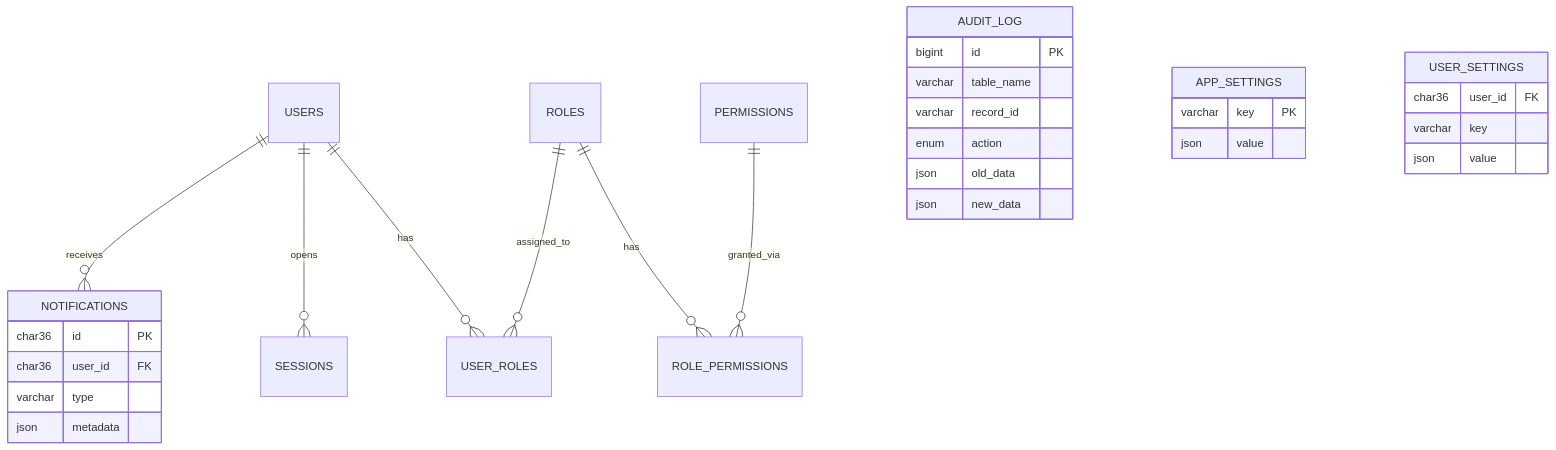
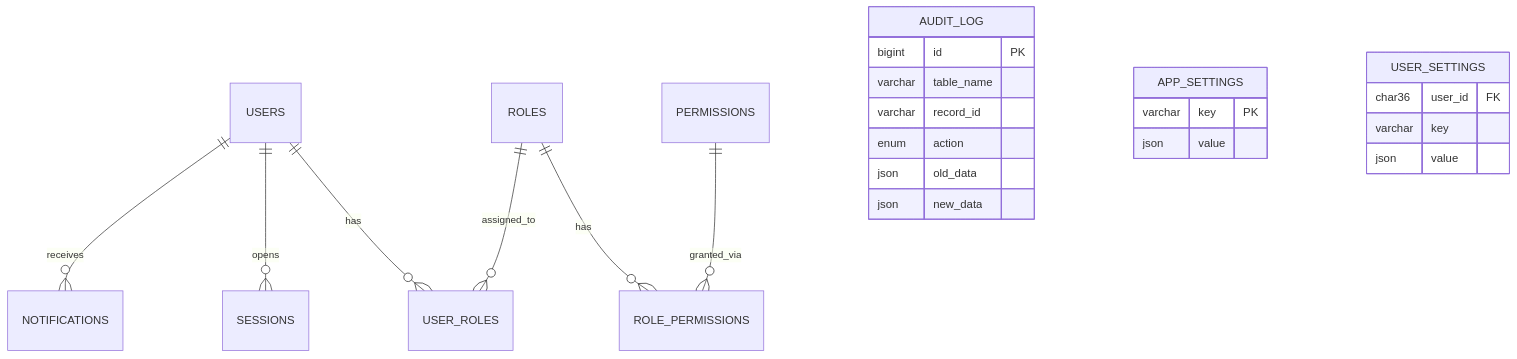
One commit to NietoDeveloper/MySQL_DataBase changed the diagram in docs/ERD.md. Above: the diagram before and after it, drawn with Mermaid.

````diff
--- a/docs/ERD.md
+++ b/docs/ERD.md
@@ -3,36 +3,30 @@
 ```mermaid
 erDiagram
     USERS ||--o{ USER_ROLES : has
     ROLES ||--o{ USER_ROLES : assigned_to
     ROLES ||--o{ ROLE_PERMISSIONS : has
     PERMISSIONS ||--o{ ROLE_PERMISSIONS : granted_via
     USERS ||--o{ SESSIONS : opens
     USERS ||--o{ NOTIFICATIONS : receives
 
-    NOTIFICATIONS {
-        char36 id PK
-        char36 user_id FK
-        varchar type
-        json metadata
-    }
 
     AUDIT_LOG {
         bigint id PK
         varchar table_name
         varchar record_id
         enum action
         json old_data
         json new_data
     }
 
     APP_SETTINGS {
         varchar key PK
         json value
     }
 
     USER_SETTINGS {
         char36 user_id FK
         varchar key
         json value
     }
 ```
````
